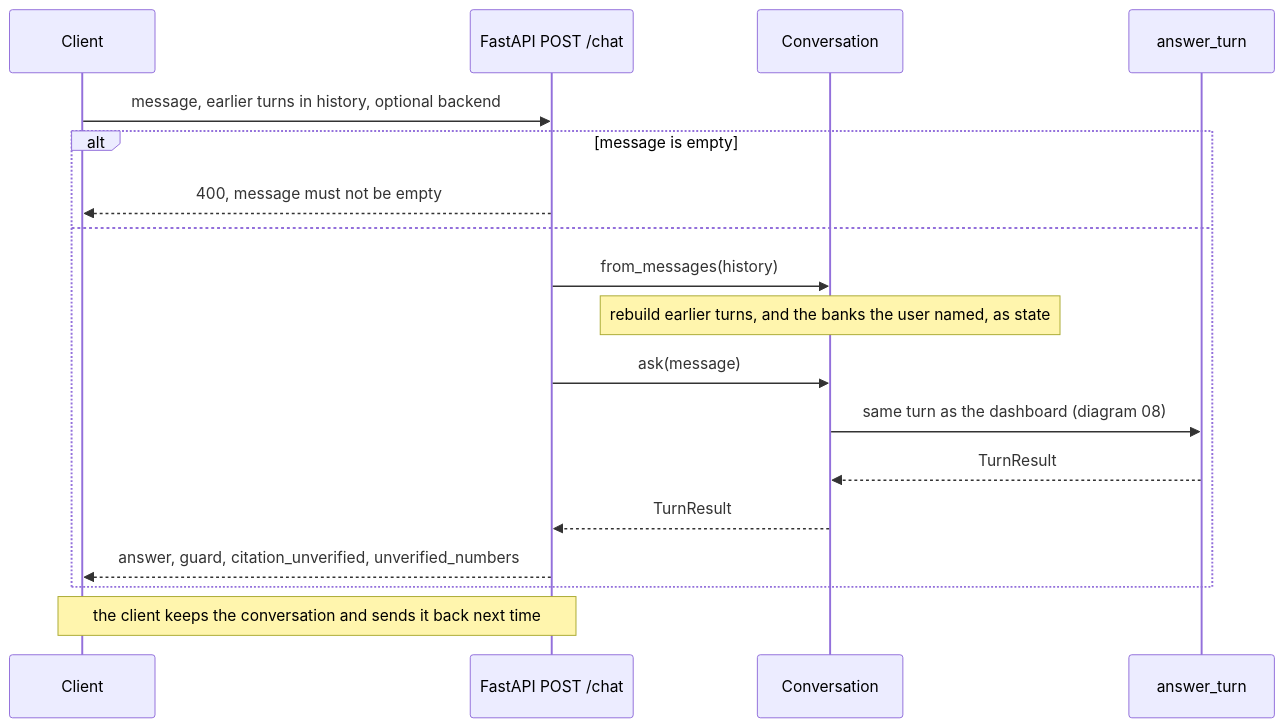
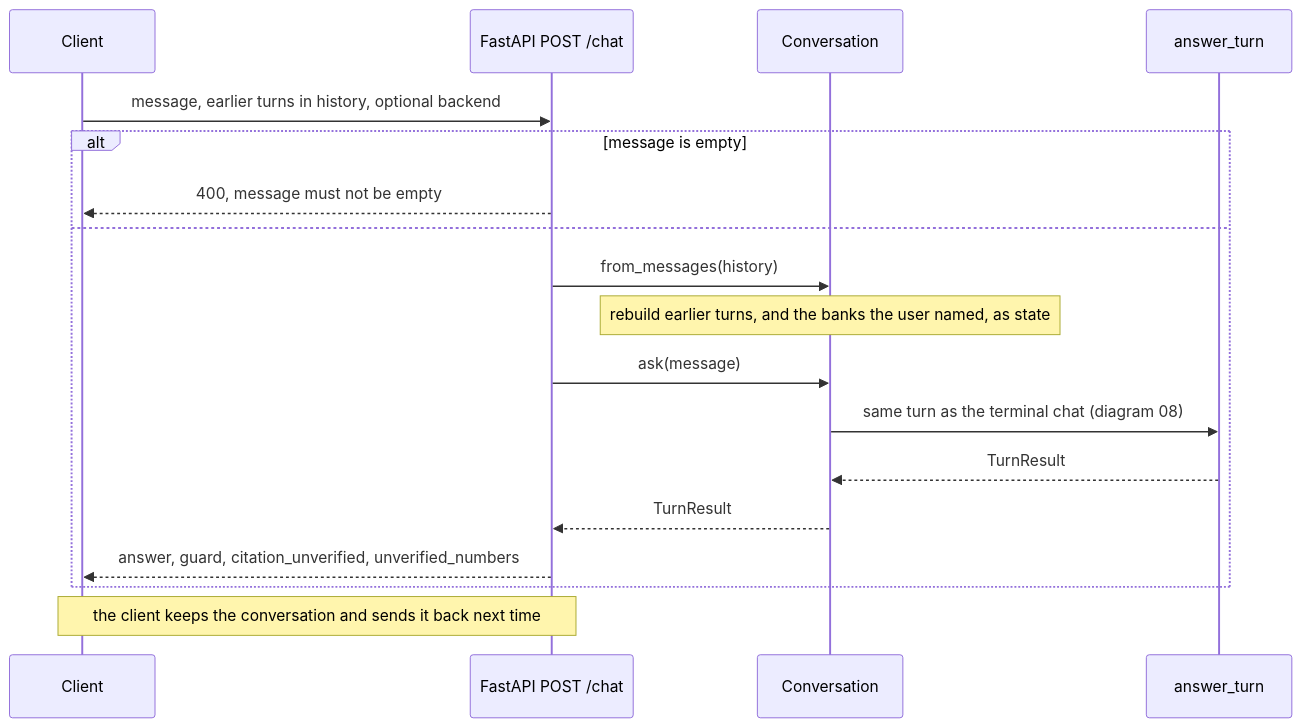
One commit to Gavingyh/plp-project changed the diagram in docs/diagrams/src/13-api-chat.mmd. Above: the diagram before and after it, drawn with Mermaid. The commit also changed 62 other files, not shown here.

First line of the commit message:
Hand the dashboard to its own project; expose everything through the API

```diff
--- a/docs/diagrams/src/13-api-chat.mmd
+++ b/docs/diagrams/src/13-api-chat.mmd
@@ -1,22 +1,22 @@
 sequenceDiagram
   accTitle: API chat sequence
-  accDescr: The client sends the new message with the earlier turns; the API rebuilds a conversation from them, runs one turn exactly as the dashboard does, and returns the answer with the guard and check results.
+  accDescr: The client sends the new message with the earlier turns; the API rebuilds a conversation from them, runs one turn exactly as the terminal chat does, and returns the answer with the guard and check results.
 
   participant client as Client
   participant api as FastAPI POST /chat
   participant conv as Conversation
   participant turn as answer_turn
 
   client->>api: message, earlier turns in history, optional backend
   alt message is empty
     api-->>client: 400, message must not be empty
   else
     api->>conv: from_messages(history)
     Note over conv: rebuild earlier turns, and the banks the user named, as state
     api->>conv: ask(message)
-    conv->>turn: same turn as the dashboard (diagram 08)
+    conv->>turn: same turn as the terminal chat (diagram 08)
     turn-->>conv: TurnResult
     conv-->>api: TurnResult
     api-->>client: answer, guard, citation_unverified, unverified_numbers
   end
   Note over client,api: the client keeps the conversation and sends it back next time
```
